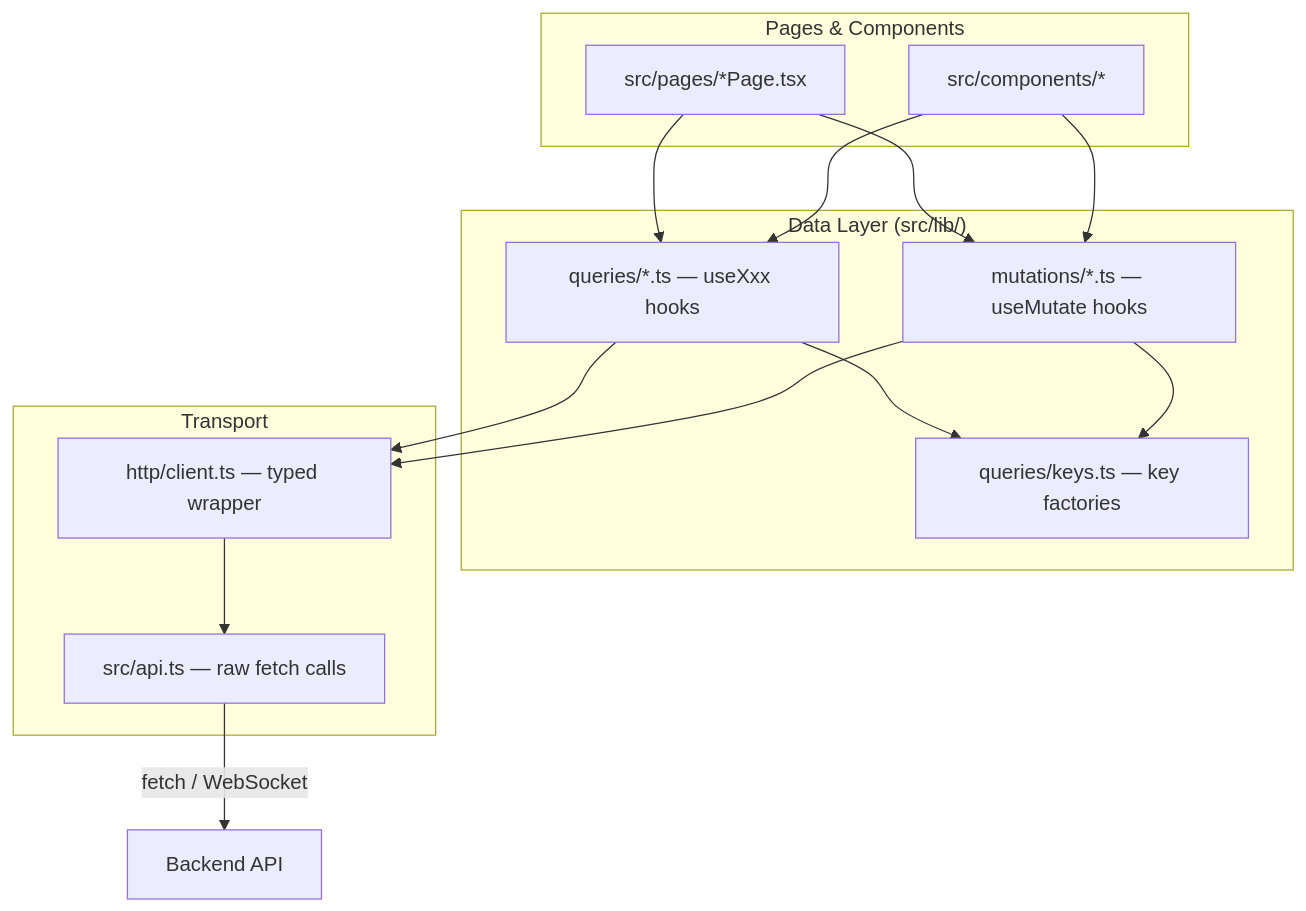
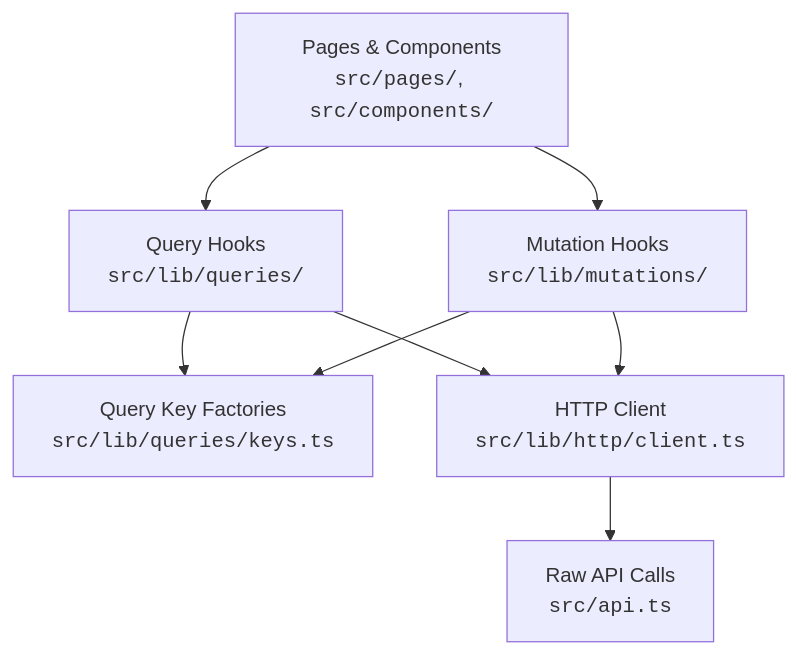
The diagram in other-librefang-api-dashboard.md (leszek3737/librefang-WIki), drawn with Mermaid before and after one commit. The commit also changed other lines of this file and 126 other files, not shown here.

````diff
--- a/other-librefang-api-dashboard.md
+++ b/other-librefang-api-dashboard.md
@@ -13,29 +9,10 @@
 ```mermaid
 graph TD
-    subgraph "Pages & Components"
-        P[src/pages/*Page.tsx]
-        C[src/components/*]
-    end
-
-    subgraph "Data Layer (src/lib/)"
-        Q[queries/*.ts — useXxx hooks]
-        M[mutations/*.ts — useMutate hooks]
-        K[queries/keys.ts — key factories]
-    end
-
-    subgraph "Transport"
-        HT[http/client.ts — typed wrapper]
-        API[src/api.ts — raw fetch calls]
-    end
-
-    P --> Q
-    P --> M
-    C --> Q
-    C --> M
-    Q --> K
+    P["Pages & Components<br/><code>src/pages/</code>, <code>src/components/</code>"] --> Q["Query Hooks<br/><code>src/lib/queries/</code>"]
+    P --> M["Mutation Hooks<br/><code>src/lib/mutations/</code>"]
+    Q --> K["Query Key Factories<br/><code>src/lib/queries/keys.ts</code>"]
+    Q --> C["HTTP Client<br/><code>src/lib/http/client.ts</code>"]
+    M --> C
     M --> K
-    Q --> HT
-    M --> HT
-    HT --> API
-    API -->|fetch / WebSocket| BE[Backend API]
+    C --> A["Raw API Calls<br/><code>src/api.ts</code>"]
 ```
````
